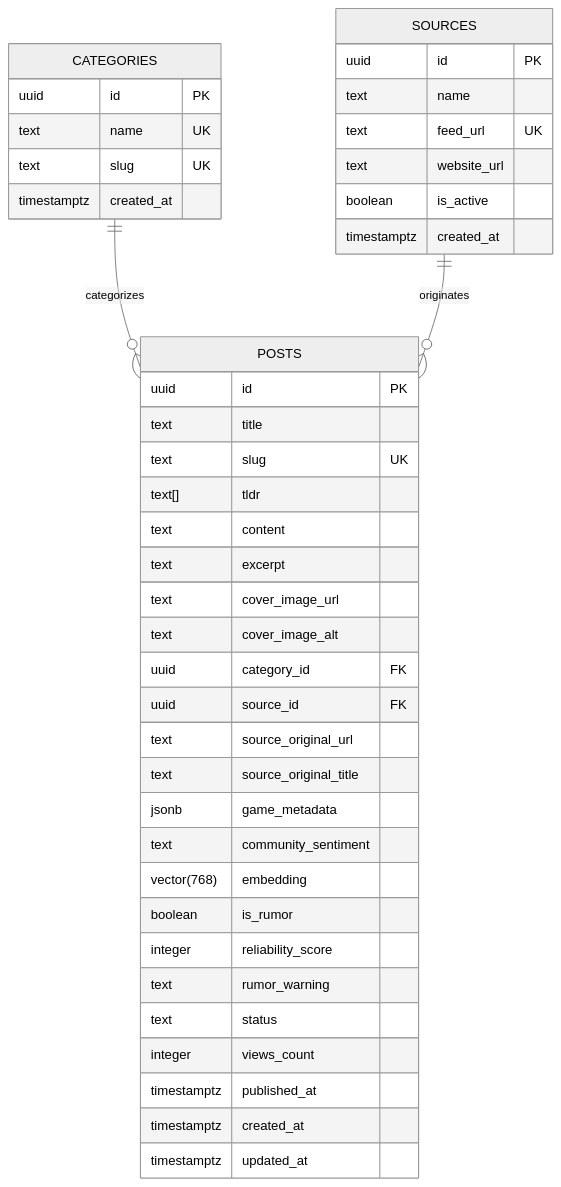
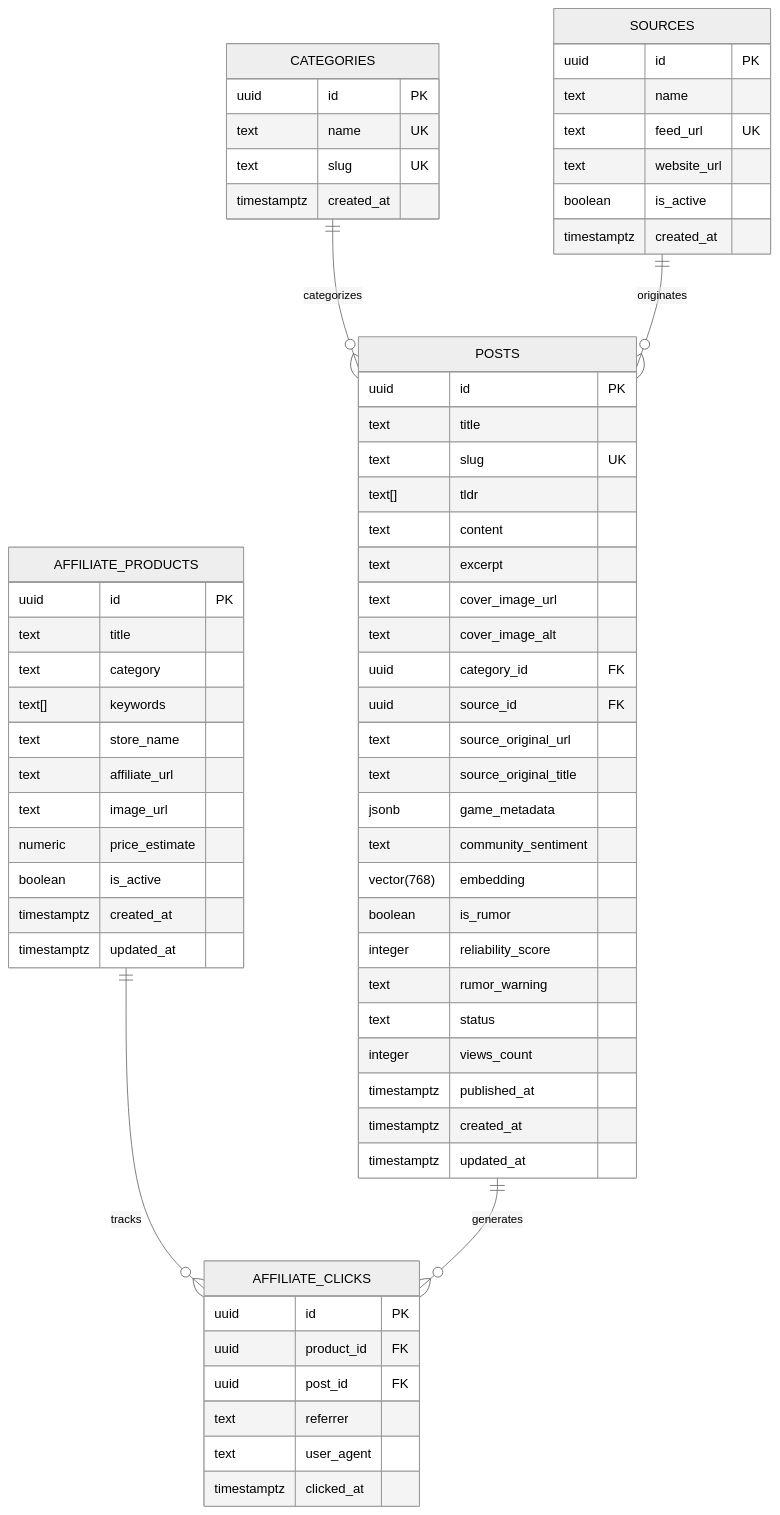
Before and after one commit to JuanBMMontesinos/AIGamePortal: the diagram in docs/database.md, drawn with Mermaid (neutral theme). The commit also changed other lines of this file and 13 other files, not shown here.

````diff
--- a/docs/database.md
+++ b/docs/database.md
@@ -9,47 +9,72 @@
 ```mermaid
 erDiagram
     CATEGORIES ||--o{ POSTS : categorizes
     SOURCES ||--o{ POSTS : originates
+    AFFILIATE_PRODUCTS ||--o{ AFFILIATE_CLICKS : tracks
+    POSTS ||--o{ AFFILIATE_CLICKS : generates
 
     CATEGORIES {
         uuid id PK
         text name UK
         text slug UK
         timestamptz created_at
     }
 
     SOURCES {
         uuid id PK
         text name
         text feed_url UK
         text website_url
         boolean is_active
         timestamptz created_at
     }
 
     POSTS {
         uuid id PK
         text title
         text slug UK
         text[] tldr
         text content
         text excerpt
         text cover_image_url
         text cover_image_alt
         uuid category_id FK
         uuid source_id FK
         text source_original_url
         text source_original_title
         jsonb game_metadata
         text community_sentiment
         vector(768) embedding
         boolean is_rumor
         integer reliability_score
         text rumor_warning
         text status
         integer views_count
         timestamptz published_at
         timestamptz created_at
         timestamptz updated_at
     }
+
+    AFFILIATE_PRODUCTS {
+        uuid id PK
+        text title
+        text category
+        text[] keywords
+        text store_name
+        text affiliate_url
+        text image_url
+        numeric price_estimate
+        boolean is_active
+        timestamptz created_at
+        timestamptz updated_at
+    }
+
+    AFFILIATE_CLICKS {
+        uuid id PK
+        uuid product_id FK
+        uuid post_id FK
+        text referrer
+        text user_agent
+        timestamptz clicked_at
+    }
 ```
````
